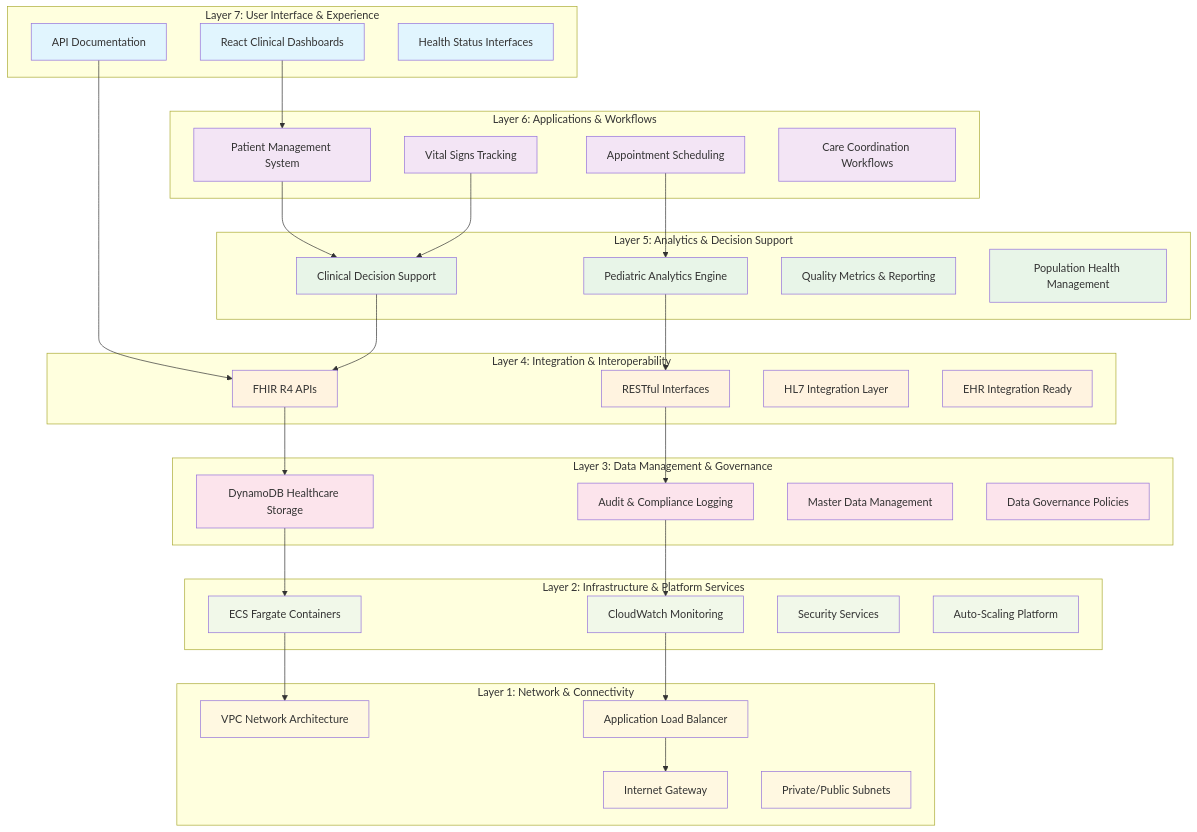
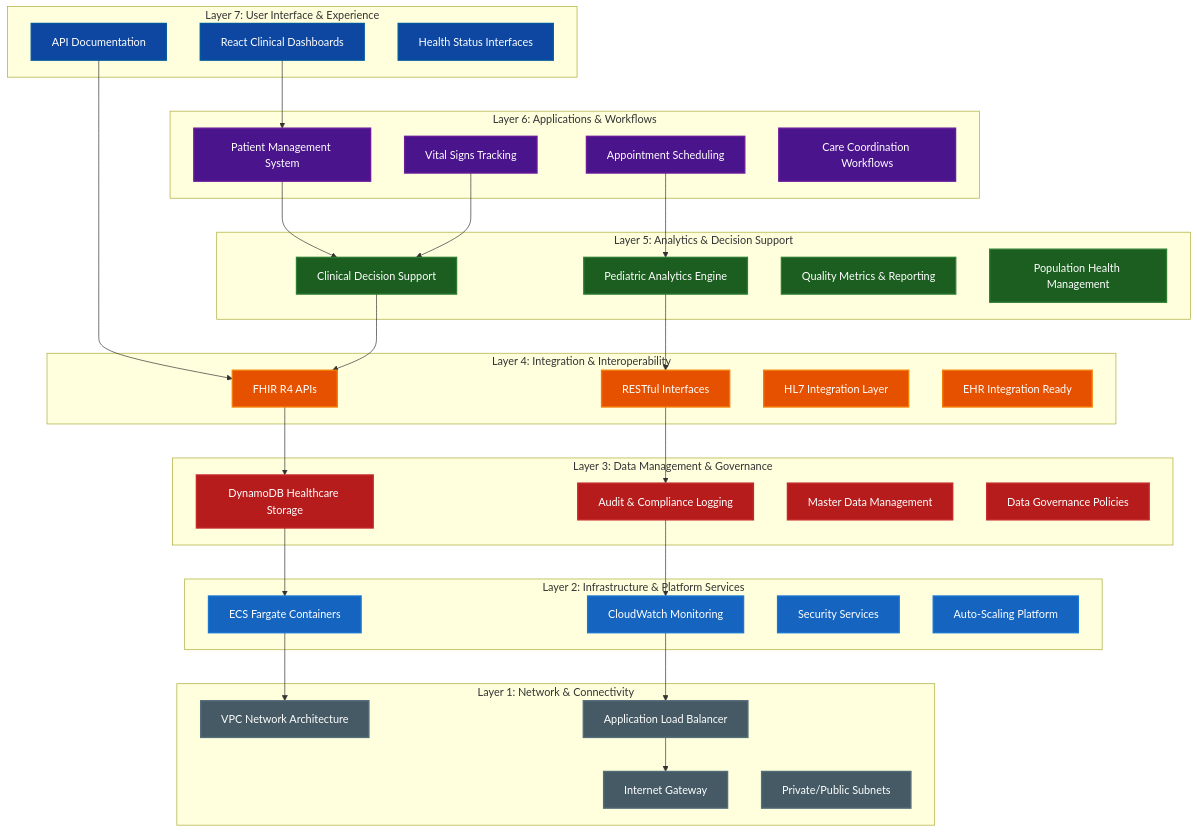
The second of 4 diagrams in README.md (stevenscain/fhir-demo-node), drawn with Mermaid before and after one commit. The commit also changed other lines of this file and 2 other files, not shown here.

First line of the commit message:
style: Improve Mermaid diagram readability with high-contrast colors

```diff
--- a/README.md
+++ b/README.md
@@ -408,13 +408,13 @@
     ALB --> IGW
 
     %% Styling
-    classDef layer7 fill:#e1f5fe
-    classDef layer6 fill:#f3e5f5
-    classDef layer5 fill:#e8f5e8
-    classDef layer4 fill:#fff3e0
-    classDef layer3 fill:#fce4ec
-    classDef layer2 fill:#f1f8e9
-    classDef layer1 fill:#fff8e1
+    classDef layer7 fill:#0D47A1,stroke:#01579B,stroke-width:2px,color:#FFFFFF
+    classDef layer6 fill:#4A148C,stroke:#6A1B9A,stroke-width:2px,color:#FFFFFF
+    classDef layer5 fill:#1B5E20,stroke:#2E7D32,stroke-width:2px,color:#FFFFFF
+    classDef layer4 fill:#E65100,stroke:#F57C00,stroke-width:2px,color:#FFFFFF
+    classDef layer3 fill:#B71C1C,stroke:#C62828,stroke-width:2px,color:#FFFFFF
+    classDef layer2 fill:#1565C0,stroke:#1976D2,stroke-width:2px,color:#FFFFFF
+    classDef layer1 fill:#455A64,stroke:#546E7A,stroke-width:2px,color:#FFFFFF
 
     class UI,API_DOCS,HEALTH layer7
     class PATIENT,APPT,VITALS,CARE layer6
```
